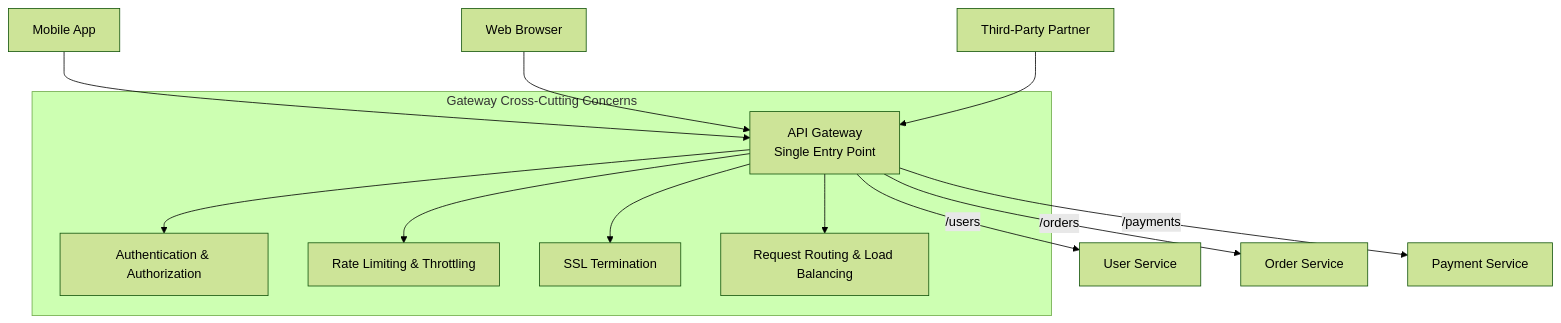
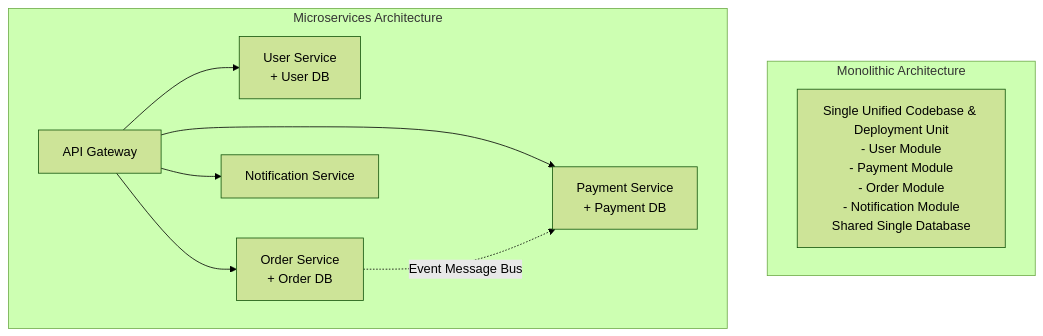
One commit to Sujalkathait/high-level-design changed diagram 14 of 24 in README.md. Above: the diagram before and after it, drawn with Mermaid (forest theme). The commit also changed other lines of this file, not shown here.

Commit message:
docs: cover Phases 1-6 (Architecture, Caching, Databases, Scalability, Load Balancing) with visual diagrams

````diff
--- a/README.md
+++ b/README.md
@@ -575,17 +545,14 @@
 ```mermaid
 graph TD
-    Client1[Mobile App] --> Gateway[API Gateway\nSingle Entry Point]
-    Client2[Web Browser] --> Gateway
-    Client3[Third-Party Partner] --> Gateway
-
-    subgraph CommonServices [Gateway Cross-Cutting Concerns]
-        Gateway --> G1[Authentication & Authorization]
-        Gateway --> G2[Rate Limiting & Throttling]
-        Gateway --> G3[SSL Termination]
-        Gateway --> G4[Request Routing & Load Balancing]
+    subgraph Monolith [Monolithic Architecture]
+        M_All["Single Unified Codebase & Deployment Unit\n- User Module\n- Payment Module\n- Order Module\n- Notification Module\nShared Single Database"]
     end
 
-    Gateway -- /users --> S1[User Service]
-    Gateway -- /orders --> S2[Order Service]
-    Gateway -- /payments --> S3[Payment Service]
+    subgraph Microservices [Microservices Architecture]
+        GW[API Gateway] --> S_User[User Service\n+ User DB]
+        GW --> S_Pay[Payment Service\n+ Payment DB]
+        GW --> S_Order[Order Service\n+ Order DB]
+        GW --> S_Notif[Notification Service]
+        S_Order -. Event Message Bus .-> S_Pay
+    end
 ```
````
